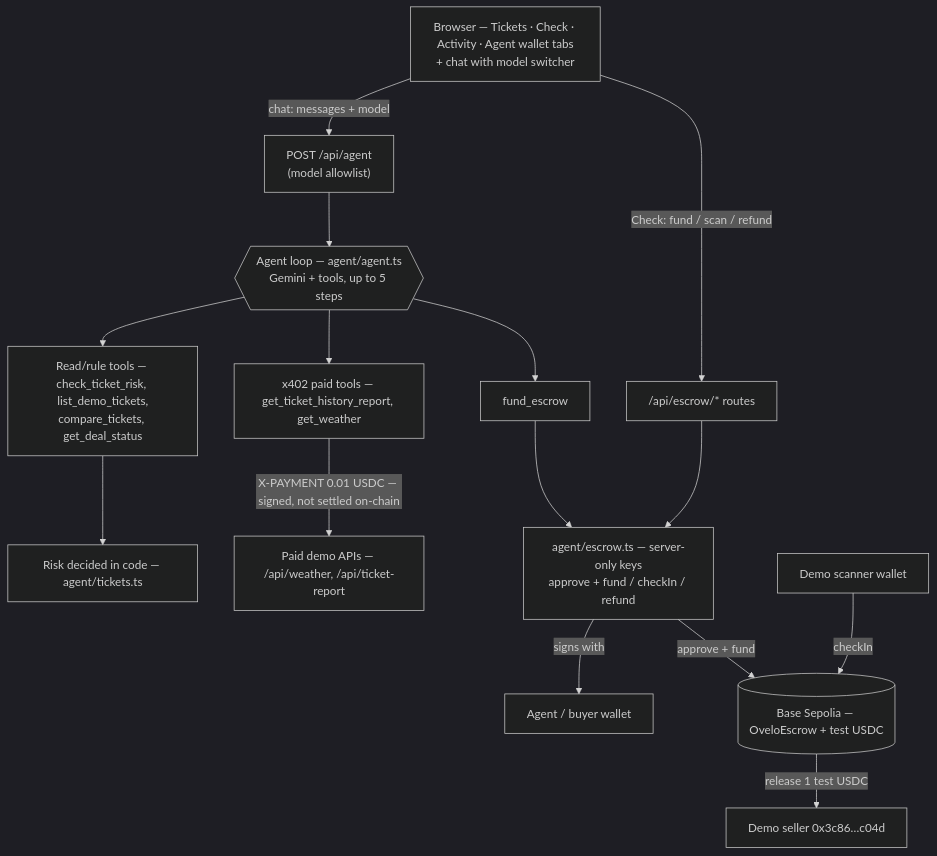
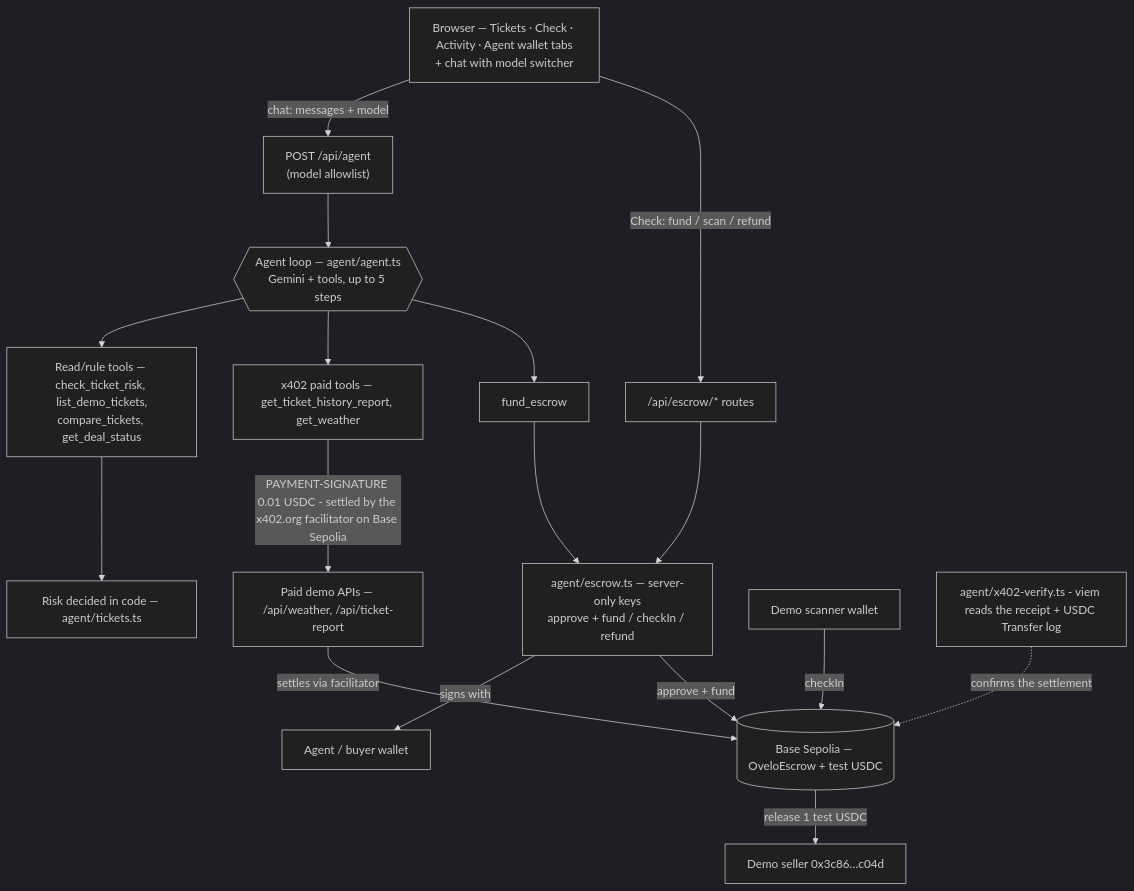
One commit to vishvajitbhagave-dev/ovelo changed the first of 2 diagrams in README.md. Above: the diagram before and after it, drawn with Mermaid (dark theme). The commit also changed other lines of this file and 18 other files, not shown here.

Commit message:
Settle x402 payments on-chain, verify receipts ourselves, add safe single retry

````diff
--- a/README.md
+++ b/README.md
@@ -90,32 +90,34 @@
 ```mermaid
 flowchart TD
   UI["Browser — Tickets · Check · Activity · Agent wallet tabs<br/>+ chat with model switcher"]
   AgentAPI["POST /api/agent<br/>(model allowlist)"]
   Loop{{"Agent loop — agent/agent.ts<br/>Gemini + tools, up to 5 steps"}}
   ReadTools["Read/rule tools — check_ticket_risk, list_demo_tickets,<br/>compare_tickets, get_deal_status"]
   PaidTools["x402 paid tools — get_ticket_history_report, get_weather"]
   FundTool["fund_escrow"]
   Rules["Risk decided in code — agent/tickets.ts"]
   X402["Paid demo APIs — /api/weather, /api/ticket-report"]
   EscrowMod["agent/escrow.ts — server-only keys<br/>approve + fund / checkIn / refund"]
   EscrowAPI["/api/escrow/* routes"]
   Chain[("Base Sepolia — OveloEscrow + test USDC")]
   Buyer["Agent / buyer wallet"]
   Scanner["Demo scanner wallet"]
   Seller["Demo seller 0x3c86…c04d"]
 
   UI -->|"chat: messages + model"| AgentAPI
   UI -->|"Check: fund / scan / refund"| EscrowAPI
   AgentAPI --> Loop
   Loop --> ReadTools
   Loop --> PaidTools
   Loop --> FundTool
   ReadTools --> Rules
-  PaidTools -->|"X-PAYMENT 0.01 USDC — signed, not settled on-chain"| X402
+  PaidTools -->|"PAYMENT-SIGNATURE 0.01 USDC - settled by the x402.org facilitator on Base Sepolia"| X402
   FundTool --> EscrowMod
   EscrowAPI --> EscrowMod
   EscrowMod -->|"signs with"| Buyer
   EscrowMod -->|"approve + fund"| Chain
+  X402 -->|"settles via facilitator"| Chain
+  Verify["agent/x402-verify.ts - viem reads the receipt + USDC Transfer log"] -.->|"confirms the settlement"| Chain
   Scanner -->|"checkIn"| Chain
   Chain -->|"release 1 test USDC"| Seller
 ```
````
